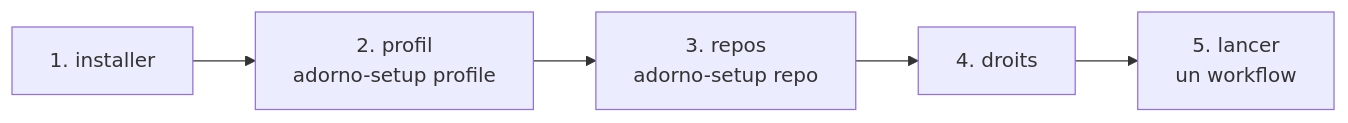
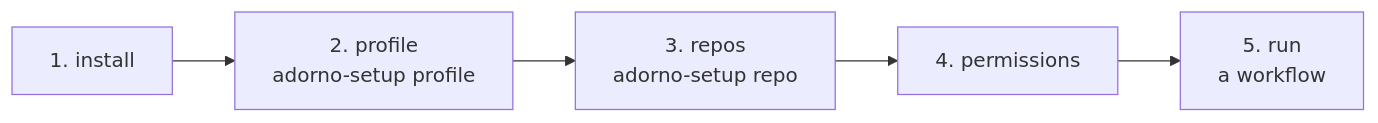
One commit to nicolasmondain/adorno changed the first of 4 diagrams in docs/setup.md. Above: the diagram before and after it, drawn with Mermaid. The commit also changed other lines of this file and 379 other files, not shown here.

````diff
--- a/docs/setup.md
+++ b/docs/setup.md
@@ -6,4 +6,4 @@
 ```mermaid
 flowchart LR
-  A["1. installer"] --> B["2. profil<br/>adorno-setup profile"] --> C["3. repos<br/>adorno-setup repo"] --> D["4. droits"] --> E["5. lancer<br/>un workflow"]
+  A["1. install"] --> B["2. profile<br/>adorno-setup profile"] --> C["3. repos<br/>adorno-setup repo"] --> D["4. permissions"] --> E["5. run<br/>a workflow"]
 ```
````
